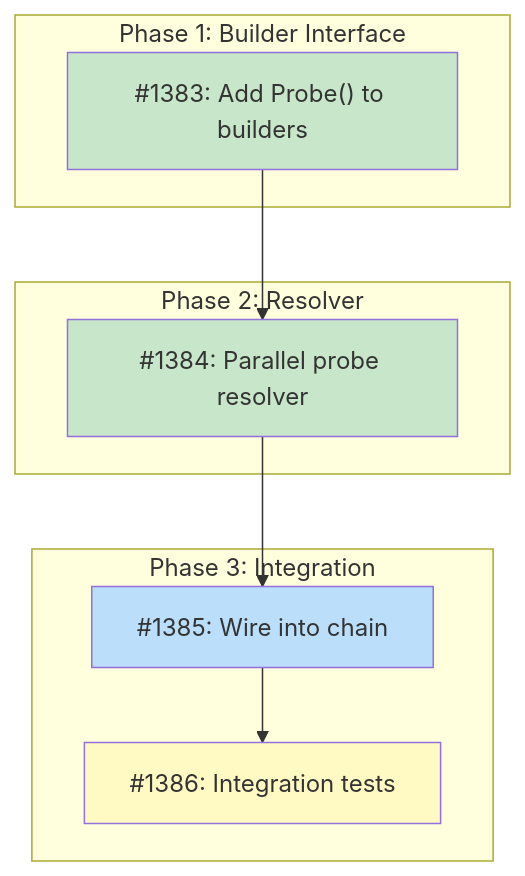
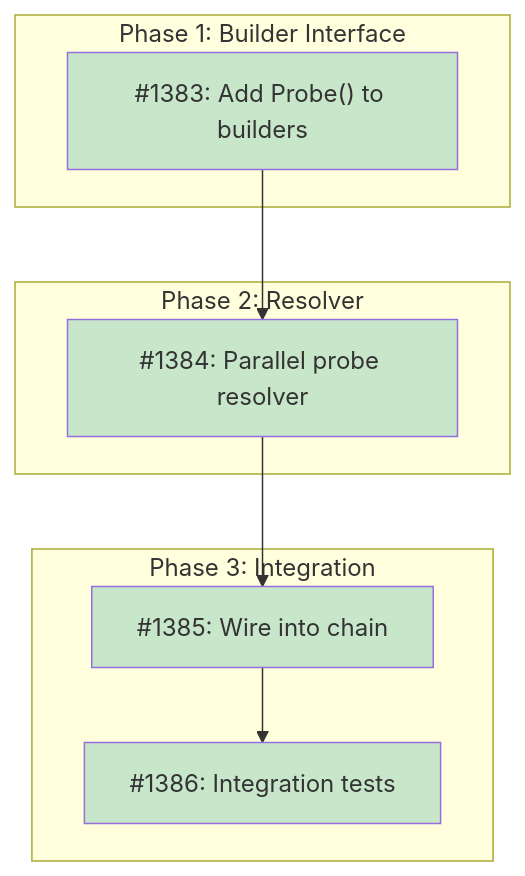
The diagram in docs/designs/DESIGN-ecosystem-probe.md (tsukumogami/tsuku), drawn with Mermaid before and after one commit. The commit also changed other lines of this file and 2 other files, not shown here.

Commit message:
feat(discover): wire ecosystem probe into chain resolver (#1395)
Construct all 7 ecosystem builders (cargo, pypi, npm, gem, go, cpan,
cask) in `runDiscovery()` and pass them to `NewEcosystemProbe` with a
3-second shared timeout. This replaces the zero-value stub that always
returned `(nil, nil)`, connecting the parallel probe implementation
from #1384 to the live discovery chain.

Also adds 4 chain integration tests that verify the ecosystem probe
works correctly as a stage in the ChainResolver: registry miss falls
through to probe, probe miss falls through to next stage, probe errors
are soft, and registry hits skip the probe.

````diff
--- a/docs/designs/DESIGN-ecosystem-probe.md
+++ b/docs/designs/DESIGN-ecosystem-probe.md
@@ -34,29 +34,29 @@
 ```mermaid
 graph TD
     subgraph Phase1["Phase 1: Builder Interface"]
         I1383["#1383: Add Probe() to builders"]
     end
 
     subgraph Phase2["Phase 2: Resolver"]
         I1384["#1384: Parallel probe resolver"]
     end
 
     subgraph Phase3["Phase 3: Integration"]
         I1385["#1385: Wire into chain"]
         I1386["#1386: Integration tests"]
     end
 
     I1383 --> I1384
     I1384 --> I1385
     I1385 --> I1386
 
     classDef done fill:#c8e6c9
     classDef ready fill:#bbdefb
     classDef blocked fill:#fff9c4
     classDef needsDesign fill:#e1bee7
 
     class I1383 done
     class I1384 done
-    class I1385 ready
-    class I1386 blocked
+    class I1385 done
+    class I1386 done
 ```
````
